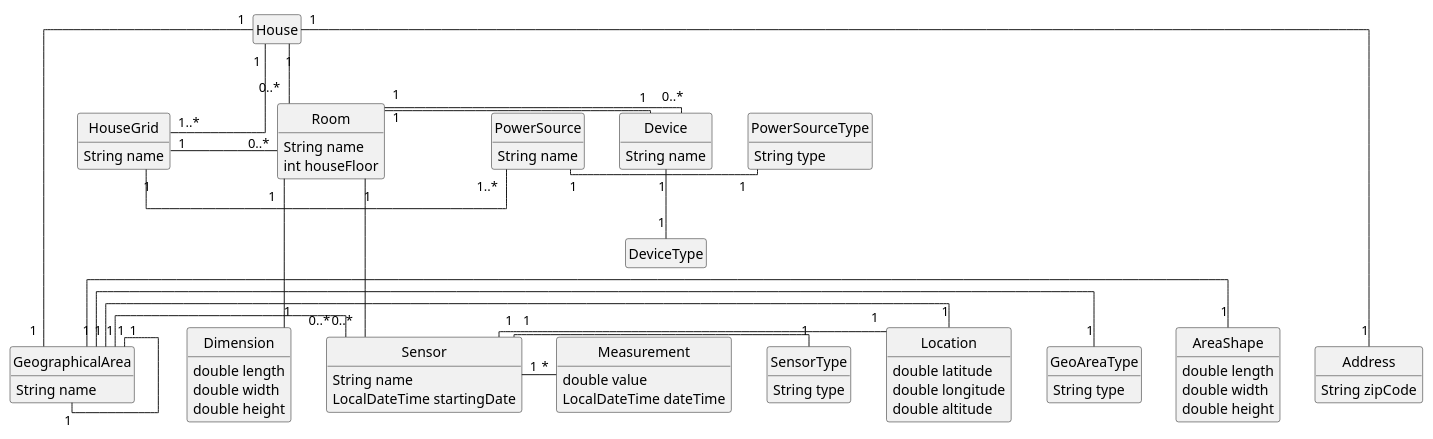
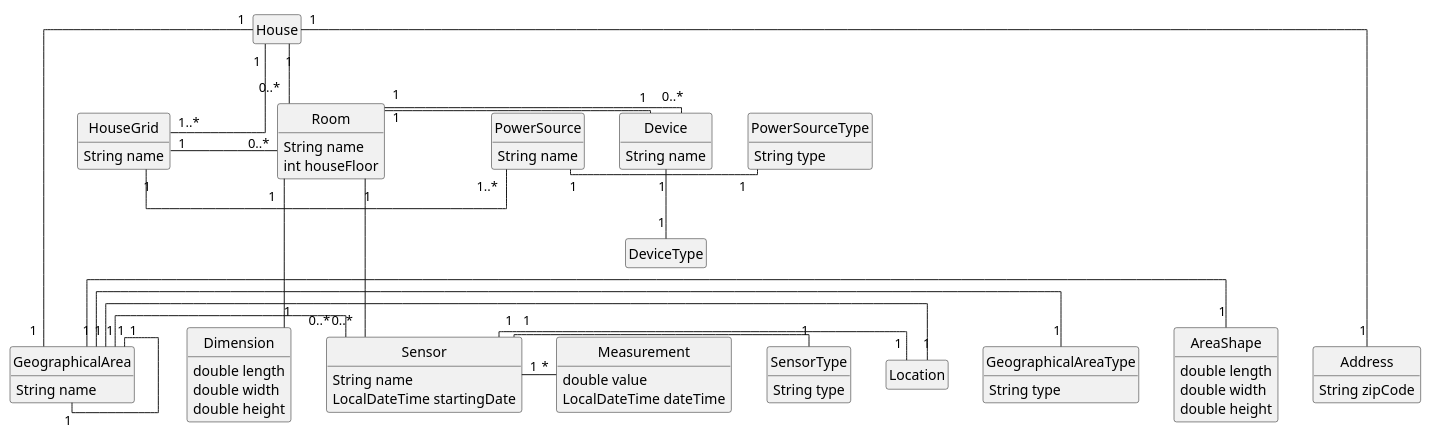
Before and after one commit to 1181687/hateoasToy: the diagram in src/Docs/DomainModel.puml, drawn with PlantUML. The commit also changed 52 other files, not shown here.

```diff
--- a/src/Docs/DomainModel.puml
+++ b/src/Docs/DomainModel.puml
@@ -1,90 +1,87 @@
 @startuml
 skinparam linetype ortho
 hide circle
 hide empty methods
 hide empty attributes
 class SensorType{
 String type
 }
 class Sensor{
 String name
 LocalDateTime startingDate
 }
 class Measurement{
 double value
 LocalDateTime dateTime
 }
 class Location{
-double latitude
-double longitude
-double altitude
 }
-class GeoAreaType{
+class GeographicalAreaType{
 String type
 }
 class GeographicalArea{
 String name
 }
 class AreaShape{
 double length
 double width
 double height
 }
 class Address{
 String zipCode
 }
 class House{
 }
 class Room{
 String name
 int houseFloor
 }
 class Dimension{
 double length
 double width
 double height
 }
 class HouseGrid{
 String name
 }
 class PowerSource{
 String name
 }
 class PowerSourceType{
 String type
 }
 class Device{
 String name
 }
 ENUM DeviceType{
 }
 
-Sensor "1" - "1" SensorType
+Sensor "1" -"1" SensorType
 Sensor "1" - "*" Measurement
 Sensor "1" - "1" Location
 
 Room "1" --- "1" Dimension
 Room "1" --- "0..*" Sensor
 Room "1" --- "0..*" Device
 
 PowerSource "1" - "1" PowerSourceType
 
 House "1" -- "0..*" Room
 House "1" -- "1..*" HouseGrid
 House "1" ---- "1" Address
 House "1" ---- "1" GeographicalArea
 
-GeographicalArea "1" - "1" GeoAreaType
+GeographicalArea "1" - "1" GeographicalAreaType
 GeographicalArea "1" - "1" GeographicalArea
 GeographicalArea "1" - "1" Location
 GeographicalArea "1" - "1" AreaShape
 GeographicalArea "1" - "0..*" Sensor
 
 Device "1" - "1" Room
 Device "1" -- "1" DeviceType
 
 HouseGrid "1" - "1..*" PowerSource
 HouseGrid "1" - "0..*" Room
 
 
 @enduml
```
